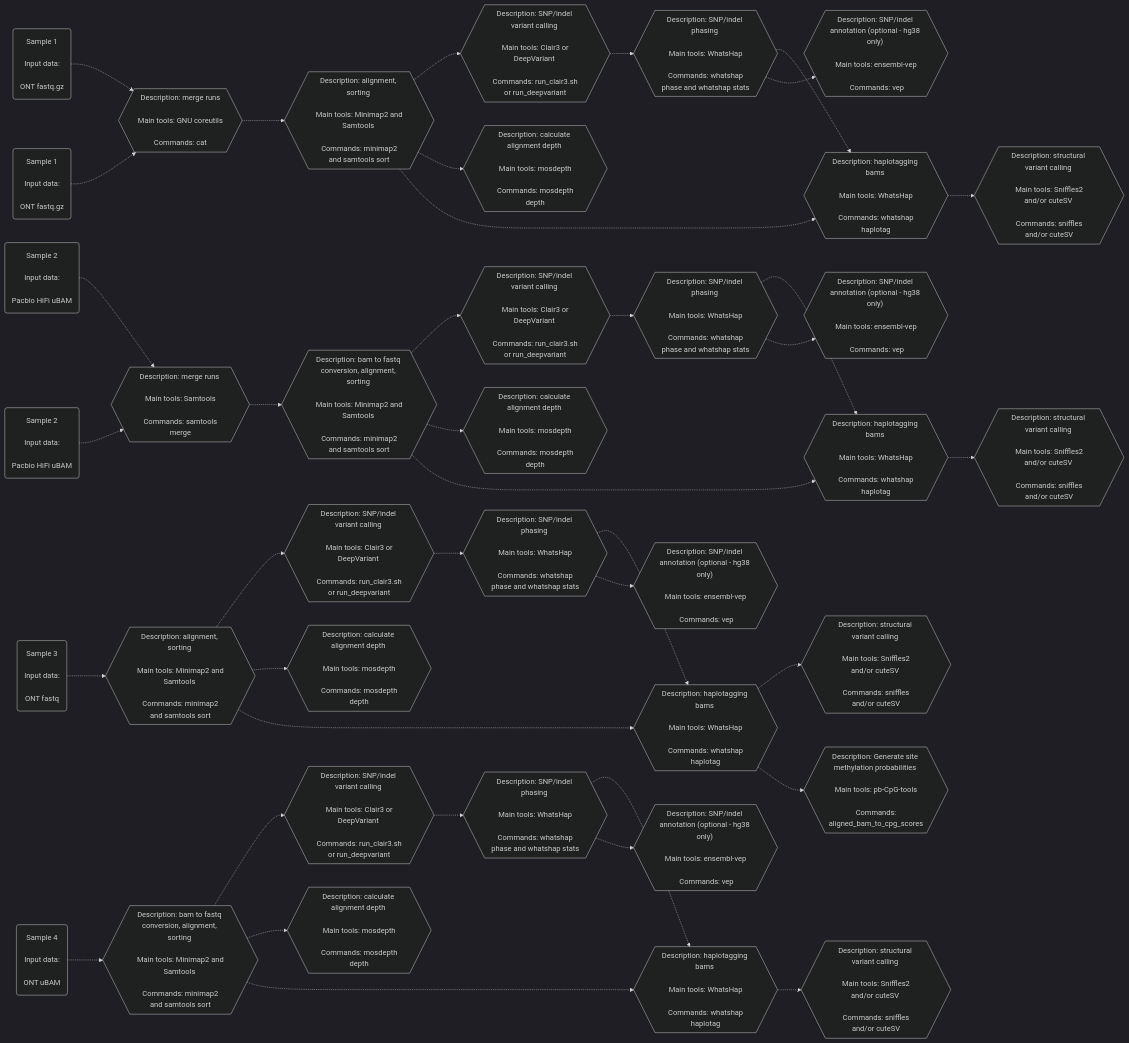
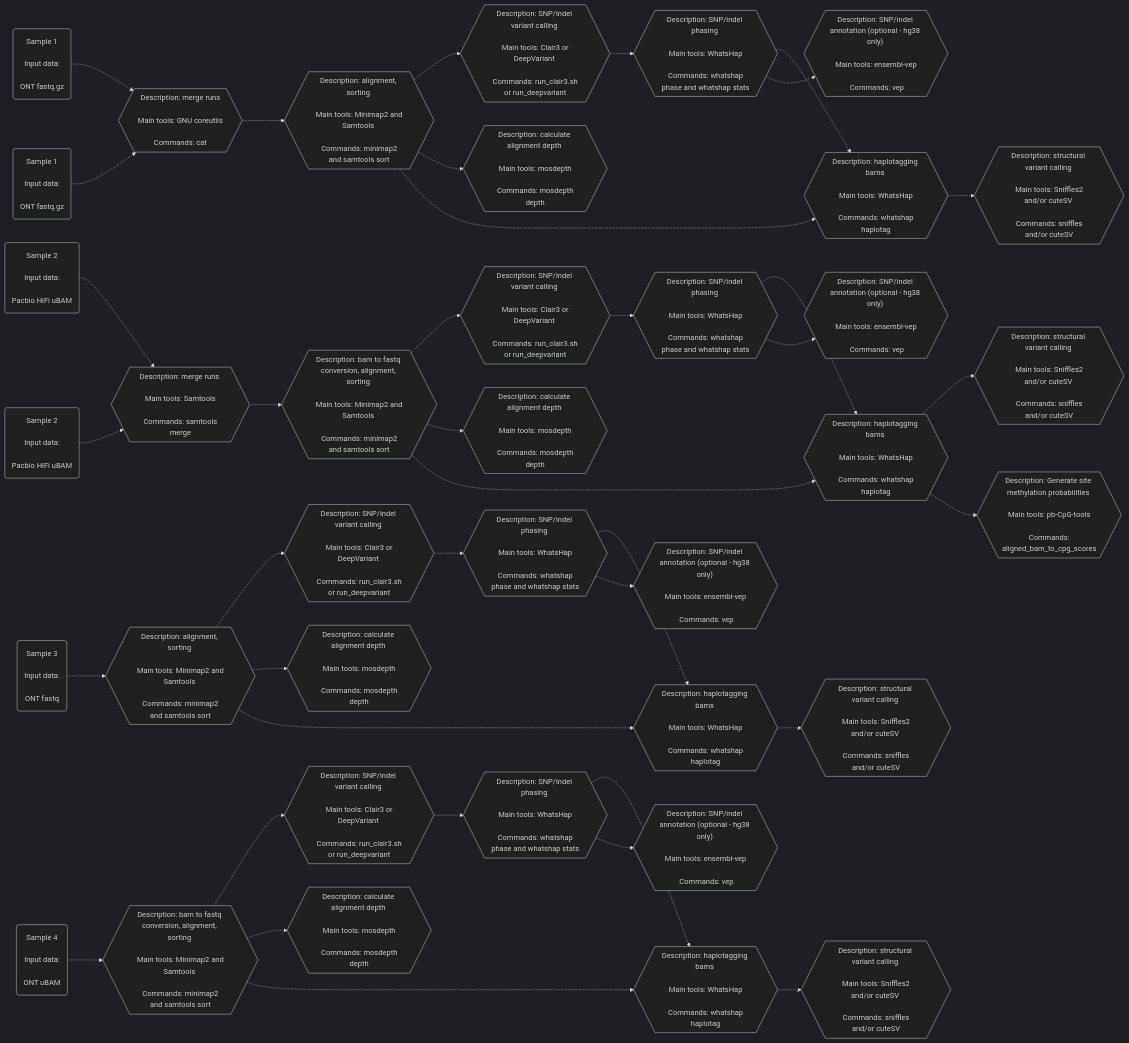
The second of 2 diagrams in README.md (leahkemp/pipeface), drawn with Mermaid before and after one commit.

Commit message:
fix mermaid diagram

````diff
--- a/README.md
+++ b/README.md
@@ -41,77 +41,76 @@
 ```mermaid
 %%{init: {'theme':'dark'}}%%
 flowchart LR
 
 ont_data_f1("Sample 1 <br><br> Input data: <br><br> ONT fastq.gz")
 ont_data_f2("Sample 1 <br><br> Input data: <br><br> ONT fastq.gz")
 pacbio_data_f3("Sample 2 <br><br> Input data: <br><br> Pacbio HiFi uBAM")
 pacbio_data_f4("Sample 2 <br><br> Input data: <br><br> Pacbio HiFi uBAM")
 ont_data_f5("Sample 3 <br><br> Input data: <br><br> ONT fastq")
 ont_data_f6("Sample 4 <br><br> Input data: <br><br> ONT uBAM")
 
 merging_m1{{"Description: merge runs <br><br> Main tools: GNU coreutils <br><br> Commands: cat"}}
 merging_m2{{"Description: merge runs <br><br> Main tools: Samtools <br><br> Commands: samtools merge"}}
 
 alignment_s1{{"Description: alignment, sorting <br><br> Main tools: Minimap2 and Samtools <br><br> Commands: minimap2 and samtools sort"}}
-alignment_s2{{"Description: alignment, sorting <br><br> Main tools: Minimap2 and Samtools <br><br> Commands: minimap2 and samtools sort"}}
-alignment_s3{{"Description: bam to fastq conversion, alignment, sorting <br><br> Main tools: Minimap2 and Samtools <br><br> Commands: minimap2 and samtools sort"}}
+alignment_s2{{"Description: bam to fastq conversion, alignment, sorting <br><br> Main tools: Minimap2 and Samtools <br><br> Commands: minimap2 and samtools sort"}}
+alignment_s3{{"Description: alignment, sorting <br><br> Main tools: Minimap2 and Samtools <br><br> Commands: minimap2 and samtools sort"}}
 alignment_s4{{"Description: bam to fastq conversion, alignment, sorting <br><br> Main tools: Minimap2 and Samtools <br><br> Commands: minimap2 and samtools sort"}}
 
 depth_s1{{"Description: calculate alignment depth <br><br> Main tools: mosdepth <br><br> Commands: mosdepth depth"}}
 depth_s2{{"Description: calculate alignment depth <br><br> Main tools: mosdepth <br><br> Commands: mosdepth depth"}}
 depth_s3{{"Description: calculate alignment depth <br><br> Main tools: mosdepth <br><br> Commands: mosdepth depth"}}
 depth_s4{{"Description: calculate alignment depth <br><br> Main tools: mosdepth <br><br> Commands: mosdepth depth"}}
 
 snp_indel_calling_s1{{"Description: SNP/indel variant calling <br><br> Main tools: Clair3 or DeepVariant <br><br> Commands: run_clair3.sh or run_deepvariant"}}
 snp_indel_calling_s2{{"Description: SNP/indel variant calling <br><br> Main tools: Clair3 or DeepVariant <br><br> Commands: run_clair3.sh or run_deepvariant"}}
 snp_indel_calling_s3{{"Description: SNP/indel variant calling <br><br> Main tools: Clair3 or DeepVariant <br><br> Commands: run_clair3.sh or run_deepvariant"}}
 snp_indel_calling_s4{{"Description: SNP/indel variant calling <br><br> Main tools: Clair3 or DeepVariant <br><br> Commands: run_clair3.sh or run_deepvariant"}}
 
 snp_indel_phasing_s1{{"Description: SNP/indel phasing <br><br> Main tools: WhatsHap <br><br> Commands: whatshap phase and whatshap stats"}}
 snp_indel_phasing_s2{{"Description: SNP/indel phasing <br><br> Main tools: WhatsHap <br><br> Commands: whatshap phase and whatshap stats"}}
 snp_indel_phasing_s3{{"Description: SNP/indel phasing <br><br> Main tools: WhatsHap <br><br> Commands: whatshap phase and whatshap stats"}}
 snp_indel_phasing_s4{{"Description: SNP/indel phasing <br><br> Main tools: WhatsHap <br><br> Commands: whatshap phase and whatshap stats"}}
 
 snp_indel_annotation_s1{{"Description: SNP/indel annotation (optional - hg38 only)" <br><br> Main tools: ensembl-vep <br><br> Commands: vep}}
 snp_indel_annotation_s2{{"Description: SNP/indel annotation (optional - hg38 only)" <br><br> Main tools: ensembl-vep <br><br> Commands: vep}}
 snp_indel_annotation_s3{{"Description: SNP/indel annotation (optional - hg38 only)" <br><br> Main tools: ensembl-vep <br><br> Commands: vep}}
 snp_indel_annotation_s4{{"Description: SNP/indel annotation (optional - hg38 only)" <br><br> Main tools: ensembl-vep <br><br> Commands: vep}}
 
 haplotagging_s1{{"Description: haplotagging bams <br><br> Main tools: WhatsHap <br><br> Commands: whatshap haplotag"}}
 haplotagging_s2{{"Description: haplotagging bams <br><br> Main tools: WhatsHap <br><br> Commands: whatshap haplotag"}}
 haplotagging_s3{{"Description: haplotagging bams <br><br> Main tools: WhatsHap <br><br> Commands: whatshap haplotag"}}
 haplotagging_s4{{"Description: haplotagging bams <br><br> Main tools: WhatsHap <br><br> Commands: whatshap haplotag"}}
 
 generate_meth_probs_s2{{"Description: Generate site methylation probabilities <br><br> Main tools: pb-CpG-tools <br><br> Commands: aligned_bam_to_cpg_scores"}}
 
 sv_calling_s1{{"Description: structural variant calling <br><br> Main tools: Sniffles2 and/or cuteSV <br><br> Commands: sniffles and/or cuteSV"}}
 sv_calling_s2{{"Description: structural variant calling <br><br> Main tools: Sniffles2 and/or cuteSV <br><br> Commands: sniffles and/or cuteSV"}}
 sv_calling_s3{{"Description: structural variant calling <br><br> Main tools: Sniffles2 and/or cuteSV <br><br> Commands: sniffles and/or cuteSV"}}
 sv_calling_s4{{"Description: structural variant calling <br><br> Main tools: Sniffles2 and/or cuteSV <br><br> Commands: sniffles and/or cuteSV"}}
 
 ont_data_f1-.->merging_m1-.->alignment_s1-.->snp_indel_calling_s1-.->snp_indel_phasing_s1-.->haplotagging_s1-.->sv_calling_s1
 ont_data_f2-.->merging_m1
-ont_data_f5-.->alignment_s2-.->snp_indel_calling_s2-.->snp_indel_phasing_s2-.->haplotagging_s2-.->sv_calling_s2
-ont_data_f6-.->alignment_s3-.->snp_indel_calling_s3-.->snp_indel_phasing_s3-.->haplotagging_s3-.->sv_calling_s3
-
-pacbio_data_f3-.->merging_m2-.->alignment_s4-.->snp_indel_calling_s4-.->snp_indel_phasing_s4-.->haplotagging_s4-.->sv_calling_s4
+pacbio_data_f3-.->merging_m2-.->alignment_s2-.->snp_indel_calling_s2-.->snp_indel_phasing_s2-.->haplotagging_s2-.->sv_calling_s2
 pacbio_data_f4-.->merging_m2
+ont_data_f5-.->alignment_s3-.->snp_indel_calling_s3-.->snp_indel_phasing_s3-.->haplotagging_s3-.->sv_calling_s3
+ont_data_f6-.->alignment_s4-.->snp_indel_calling_s4-.->snp_indel_phasing_s4-.->haplotagging_s4-.->sv_calling_s4
 
 alignment_s1-.->depth_s1
 alignment_s2-.->depth_s2
 alignment_s3-.->depth_s3
 alignment_s4-.->depth_s4
 
 alignment_s1-.->haplotagging_s1
 alignment_s2-.->haplotagging_s2
 alignment_s3-.->haplotagging_s3
 alignment_s4-.->haplotagging_s4
 
 haplotagging_s2-.->generate_meth_probs_s2
 
 snp_indel_phasing_s1-.->snp_indel_annotation_s1
 snp_indel_phasing_s2-.->snp_indel_annotation_s2
 snp_indel_phasing_s3-.->snp_indel_annotation_s3
 snp_indel_phasing_s4-.->snp_indel_annotation_s4
 
 ```
````
